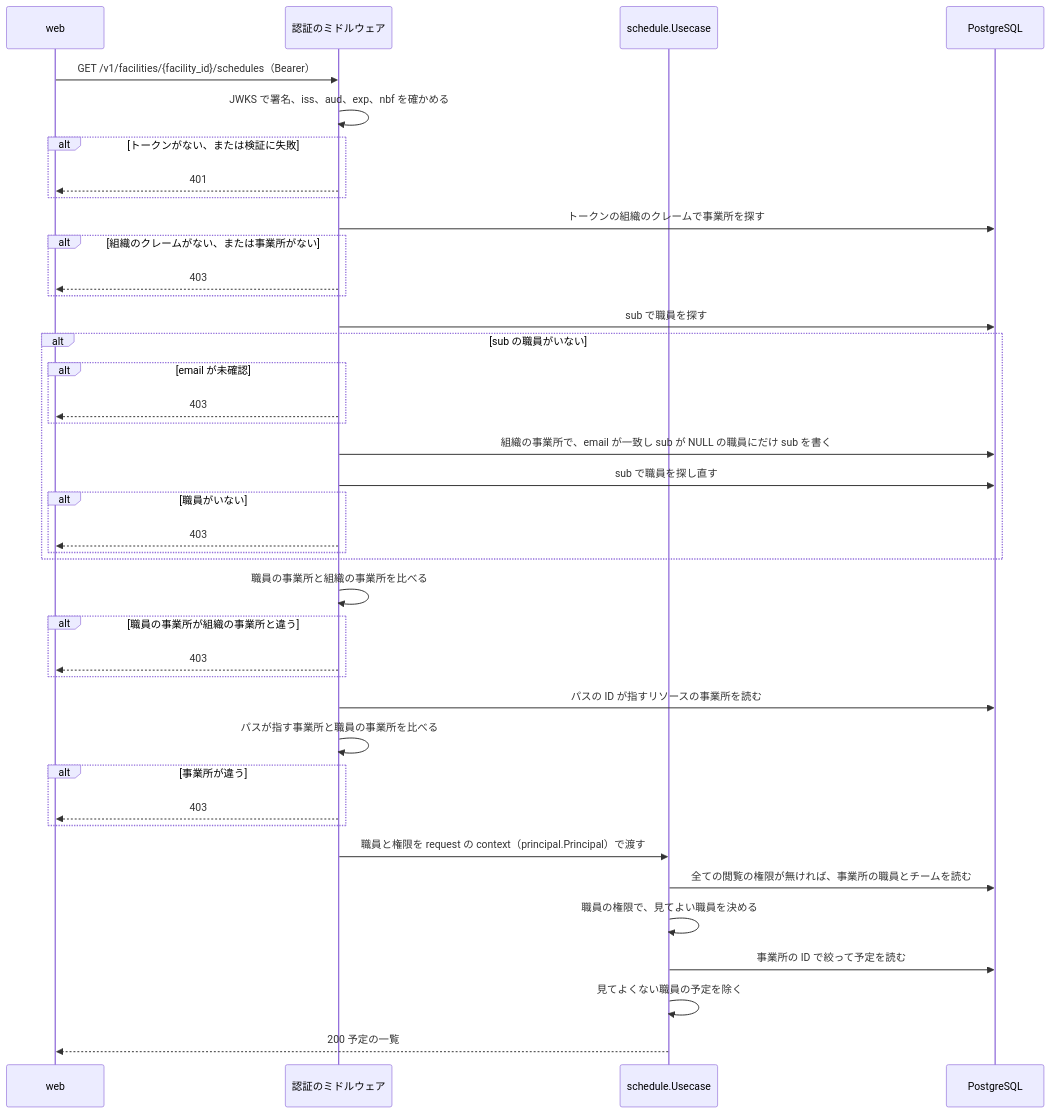
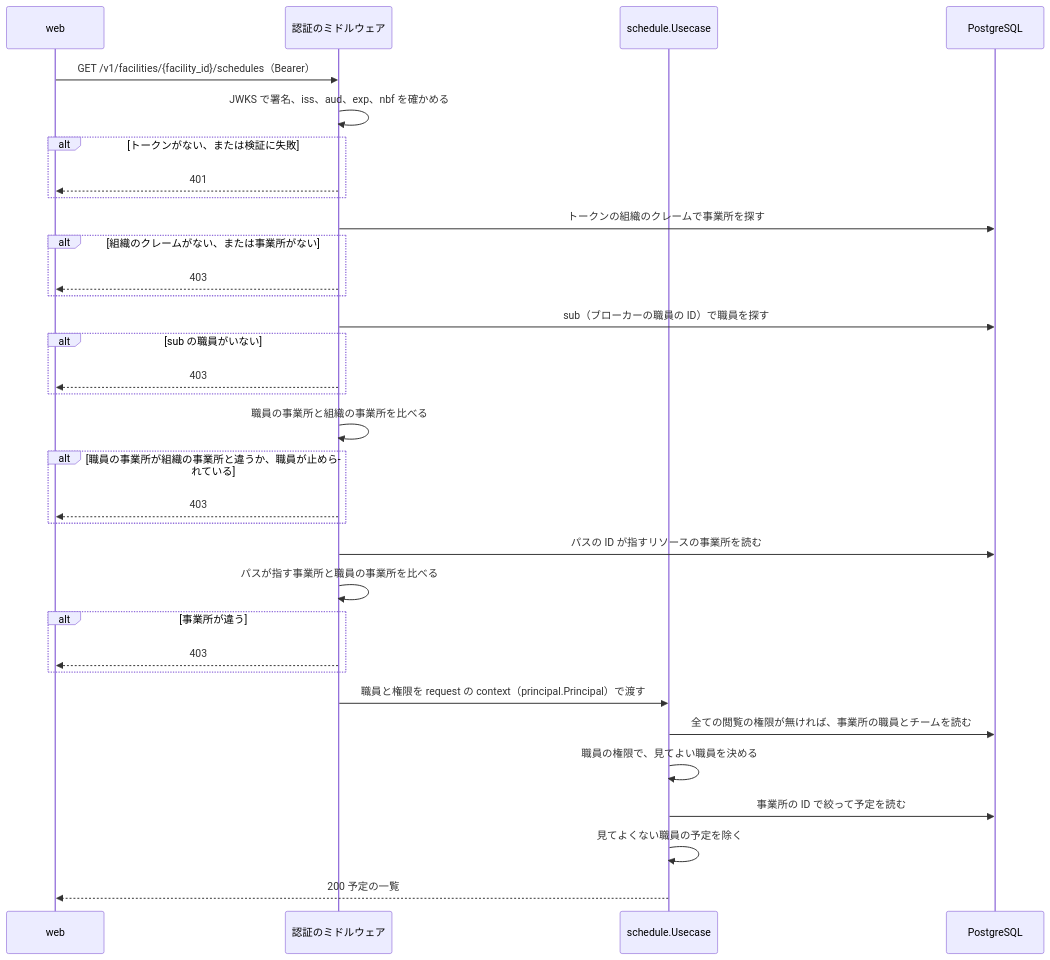
One commit to Fukuemon/buddy changed the second of 6 diagrams in services/schedule/DesignDoc.md. Above: the diagram before and after it, drawn with Mermaid. The commit also changed other lines of this file and 35 other files, not shown here.

````diff
--- a/services/schedule/DesignDoc.md
+++ b/services/schedule/DesignDoc.md
@@ -175,43 +177,36 @@
 ```mermaid
 sequenceDiagram
   participant W as web
   participant M as 認証のミドルウェア
   participant U as schedule.Usecase
   participant DB as PostgreSQL
 
   W->>M: GET /v1/facilities/{facility_id}/schedules（Bearer）
   M->>M: JWKS で署名、iss、aud、exp、nbf を確かめる
   alt トークンがない、または検証に失敗
     M-->>W: 401
   end
   M->>DB: トークンの組織のクレームで事業所を探す
   alt 組織のクレームがない、または事業所がない
     M-->>W: 403
   end
-  M->>DB: sub で職員を探す
+  M->>DB: sub（ブローカーの職員の ID）で職員を探す
   alt sub の職員がいない
-    alt email が未確認
-      M-->>W: 403
-    end
-    M->>DB: 組織の事業所で、email が一致し sub が NULL の職員にだけ sub を書く
-    M->>DB: sub で職員を探し直す
-    alt 職員がいない
-      M-->>W: 403
-    end
+    M-->>W: 403
   end
   M->>M: 職員の事業所と組織の事業所を比べる
-  alt 職員の事業所が組織の事業所と違う
+  alt 職員の事業所が組織の事業所と違うか、職員が止められている
     M-->>W: 403
   end
   M->>DB: パスの ID が指すリソースの事業所を読む
   M->>M: パスが指す事業所と職員の事業所を比べる
   alt 事業所が違う
     M-->>W: 403
   end
   M->>U: 職員と権限を request の context（principal.Principal）で渡す
   U->>DB: 全ての閲覧の権限が無ければ、事業所の職員とチームを読む
   U->>U: 職員の権限で、見てよい職員を決める
   U->>DB: 事業所の ID で絞って予定を読む
   U->>U: 見てよくない職員の予定を除く
   U-->>W: 200 予定の一覧
 ```
````
